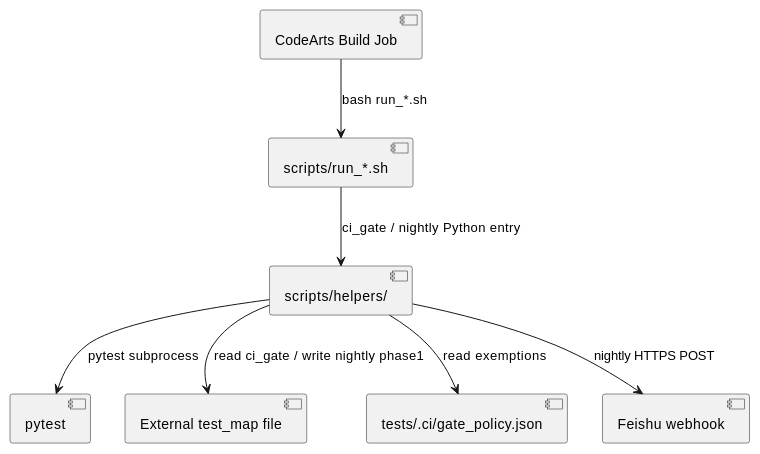
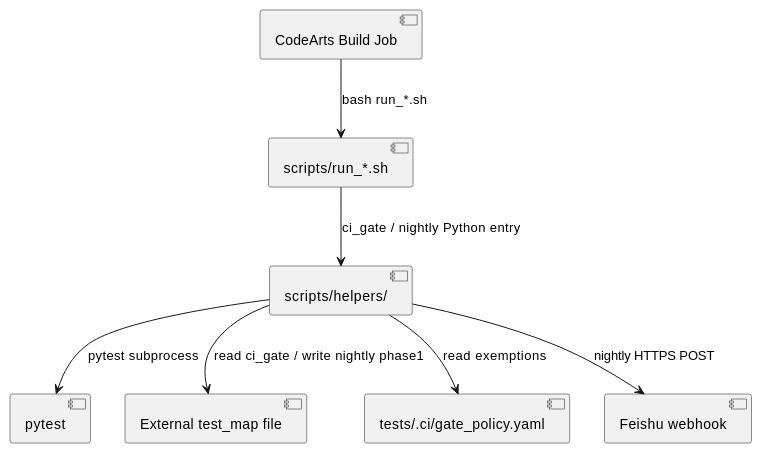
One commit to Ascend/msmodeling changed the fourth of 4 diagrams in docs/design/ut_refactor.md. Above: the diagram before and after it, drawn with PlantUML. The commit also changed other lines of this file and 41 other files, not shown here.

````diff
--- a/docs/design/ut_refactor.md
+++ b/docs/design/ut_refactor.md
@@ -425,18 +430,18 @@
 ```plantuml
 @startuml
 skinparam shadowing false
 component "CodeArts Build Job" as job
 component "scripts/run_*.sh" as scripts
 component "scripts/helpers/" as helpers
 component "pytest" as py
 component "External test_map file" as map
-component "tests/.ci/gate_policy.json" as policy
+component "tests/.ci/gate_policy.yaml" as policy
 component "Feishu webhook" as fs
 job --> scripts : bash run_*.sh
 scripts --> helpers : ci_gate / nightly Python entry
 helpers --> py : pytest subprocess
 helpers --> map : read ci_gate / write nightly phase1
 helpers --> policy : read exemptions
 helpers --> fs : nightly HTTPS POST
 @enduml
 ```
````
